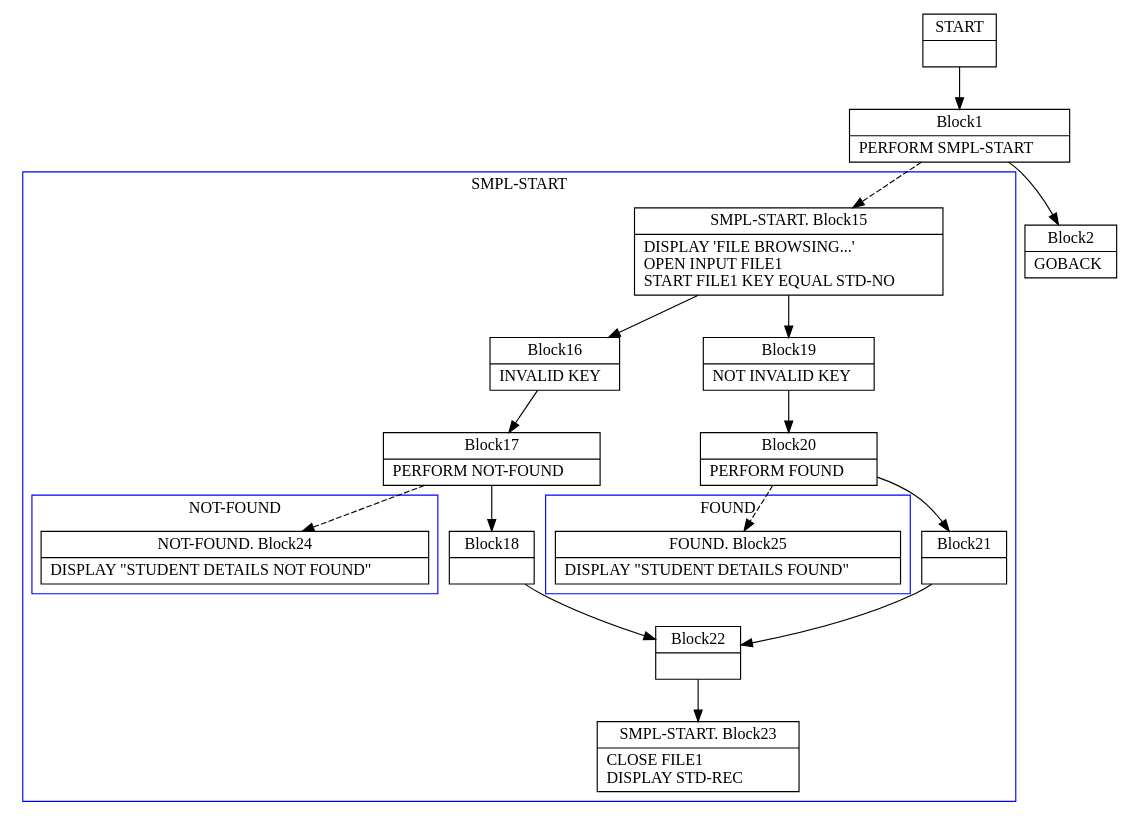
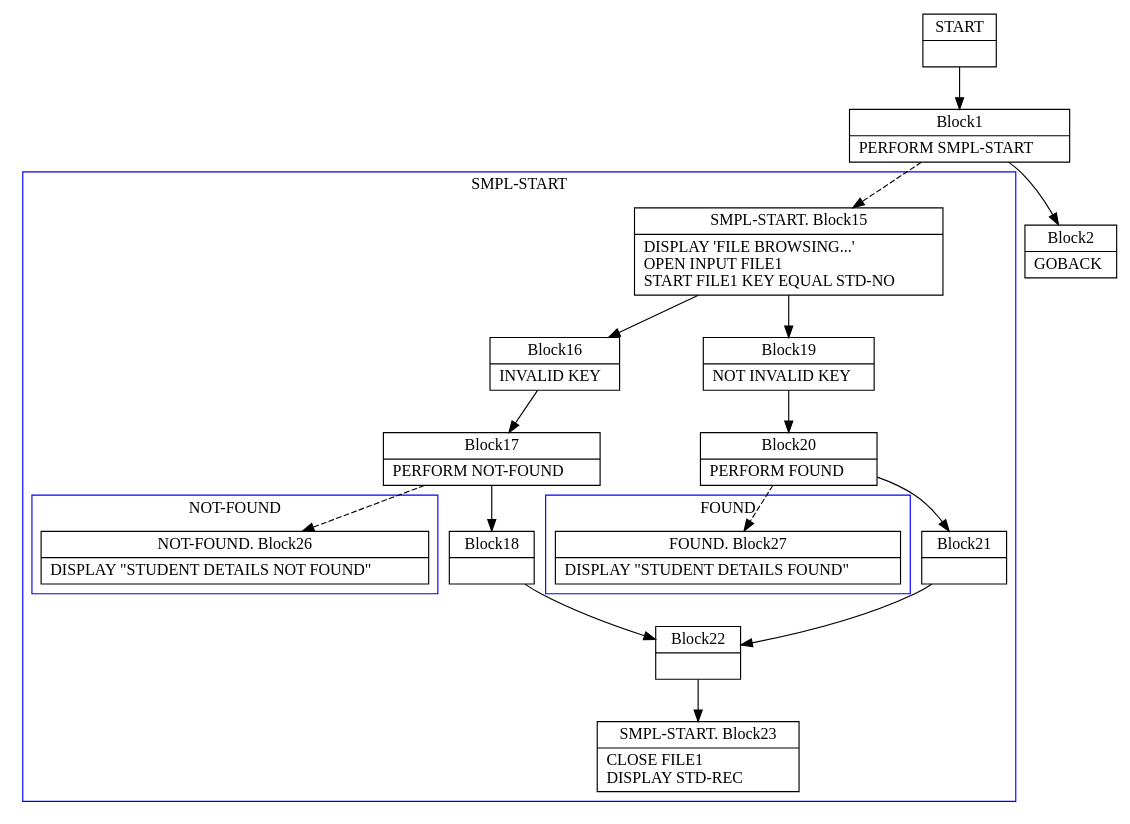
Before and after one commit to TypeCobolTeam/TypeCobol: the diagram in TypeCobol.Analysis.Test/BasicCfgInstrs/Start0.dot, drawn with Graphviz. The commit also changed 54 other files, not shown here.

Commit message:
WI #1267 Fix iterative and recursive PERFORMs graph building

```diff
--- a/TypeCobol.Analysis.Test/BasicCfgInstrs/Start0.dot
+++ b/TypeCobol.Analysis.Test/BasicCfgInstrs/Start0.dot
@@ -1,85 +1,85 @@
 digraph Cfg {
 compound=true;
 node [
 shape = "record"
 ]
 
 edge [
 arrowtail = "empty"
 ]
 Block0 [
 label = "{START|}"
 ]
 Block1 [
 label = "{Block1|    PERFORM SMPL-START\l}"
 ]
 subgraph cluster_1{
 color = blue;
 label = "SMPL-START";
 Block15 [
 label = "{SMPL-START. Block15|    DISPLAY 'FILE BROWSING...'\l    OPEN INPUT FILE1\l    START FILE1 KEY EQUAL STD-NO\l}"
 ]
 Block16 [
 label = "{Block16|       INVALID KEY\l}"
 ]
 Block17 [
 label = "{Block17|         PERFORM NOT-FOUND\l}"
 ]
 subgraph cluster_2{
 color = blue;
 label = "NOT-FOUND";
-Block24 [
-label = "{NOT-FOUND. Block24|    DISPLAY \"STUDENT DETAILS NOT FOUND\"\l}"
+Block26 [
+label = "{NOT-FOUND. Block26|    DISPLAY \"STUDENT DETAILS NOT FOUND\"\l}"
 ]
 
 }
-Block17 -> Block24 [style=dashed]
+Block17 -> Block26 [style=dashed]
 
 Block18 [
 label = "{Block18|}"
 ]
 Block22 [
 label = "{Block22|}"
 ]
 Block23 [
 label = "{SMPL-START. Block23|    CLOSE FILE1\l    DISPLAY STD-REC\l}"
 ]
 Block19 [
 label = "{Block19|       NOT INVALID KEY\l}"
 ]
 Block20 [
 label = "{Block20|         PERFORM FOUND\l}"
 ]
 subgraph cluster_3{
 color = blue;
 label = "FOUND";
-Block25 [
-label = "{FOUND. Block25|    DISPLAY \"STUDENT DETAILS FOUND\"\l}"
+Block27 [
+label = "{FOUND. Block27|    DISPLAY \"STUDENT DETAILS FOUND\"\l}"
 ]
 
 }
-Block20 -> Block25 [style=dashed]
+Block20 -> Block27 [style=dashed]
 
 Block21 [
 label = "{Block21|}"
 ]
 Block15 -> Block16
 Block15 -> Block19
 Block16 -> Block17
 Block17 -> Block18
 Block18 -> Block22
 Block22 -> Block23
 Block19 -> Block20
 Block20 -> Block21
 Block21 -> Block22
 
 }
 Block1 -> Block15 [style=dashed]
 
 Block2 [
 label = "{Block2|    GOBACK\l}"
 ]
 Block0 -> Block1
 Block1 -> Block2
 
 }
```
